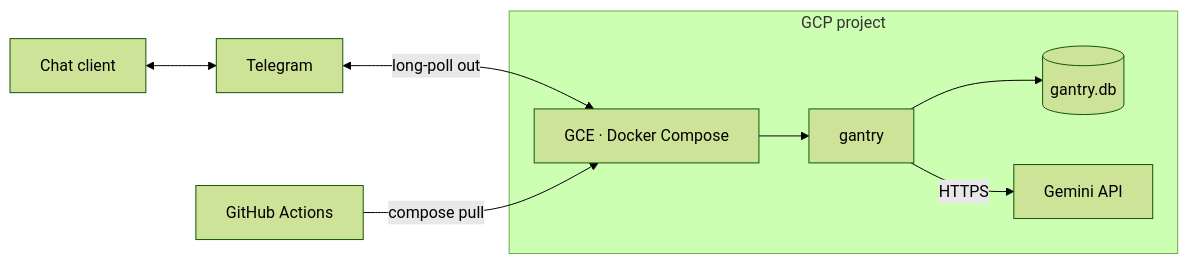
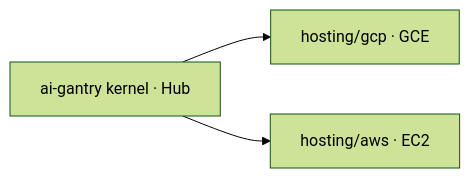
Before and after one commit to shotah/ai-gantry: the diagram in examples/hosting/README.md, drawn with Mermaid (forest theme). The commit also changed other lines of this file and 34 other files, not shown here.

````diff
--- a/examples/hosting/README.md
+++ b/examples/hosting/README.md
@@ -14,14 +16,6 @@
 ```mermaid
 flowchart LR
-  Client[Chat client] <--> TG[Telegram]
-  TG <-->|long-poll out| VM
-  subgraph GCP["GCP project"]
-    VM[GCE · Docker Compose]
-    G[gantry]
-    DB[(gantry.db)]
-    VM --> G
-    G --> DB
-    G -->|HTTPS| Gemini[Gemini API]
-  end
-  GHA[GitHub Actions] -->|compose pull| VM
+  K[ai-gantry kernel · Hub]
+  K --> G[hosting/gcp · GCE]
+  K --> A[hosting/aws · EC2]
 ```
````
